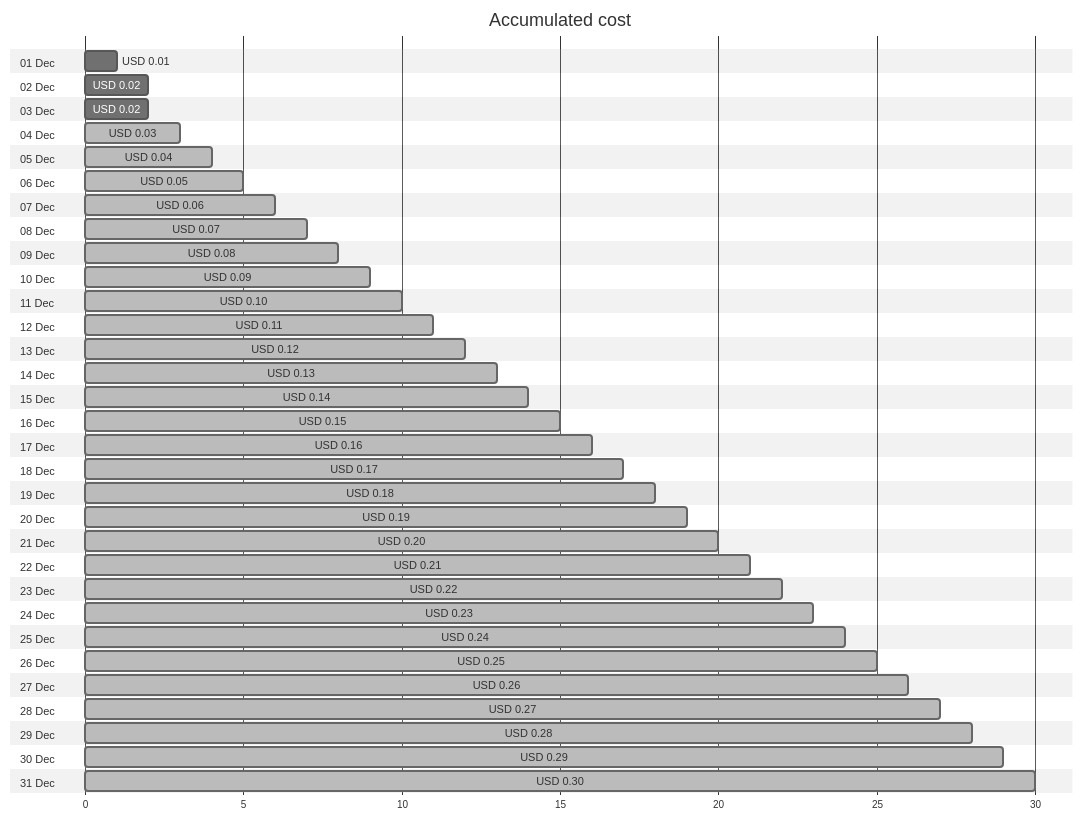
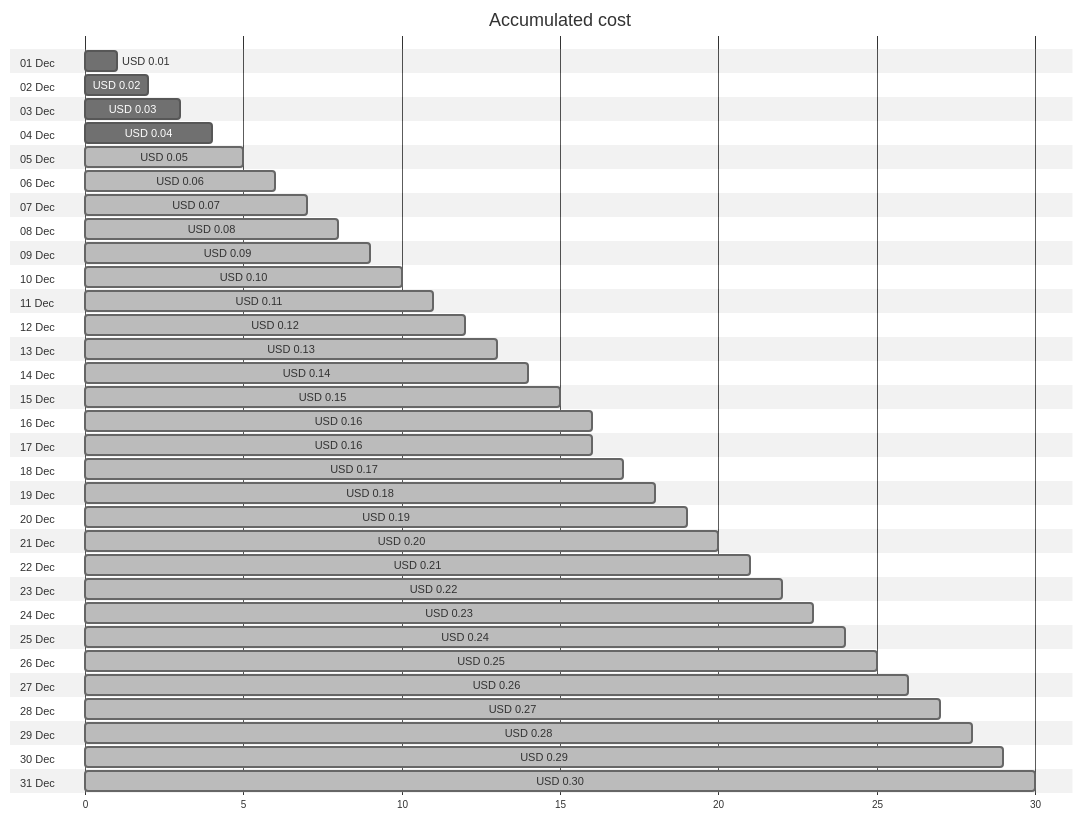
Before and after one commit to jpfulton/azure-personal-reports: the first of 4 diagrams in cost-reports/cloud-shell-storage-eastus/cs2100300008c8d894b.md, drawn with Mermaid (neutral theme). The commit also changed other lines of this file and 1 other file, not shown here.

````diff
--- a/cost-reports/cloud-shell-storage-eastus/cs2100300008c8d894b.md
+++ b/cost-reports/cloud-shell-storage-eastus/cs2100300008c8d894b.md
@@ -20,68 +20,68 @@
 ```mermaid
 gantt
    title Accumulated cost
    dateFormat  X
    axisFormat %s
    section 01 Dec
    USD 0.01 :0, 1
    section 02 Dec
    USD 0.02 :0, 2
    section 03 Dec
-   USD 0.02 :0, 2
+   USD 0.03 :0, 3
    section 04 Dec
-   USD 0.03 : done, 0, 3
+   USD 0.04 :0, 4
    section 05 Dec
-   USD 0.04 : done, 0, 4
+   USD 0.05 : done, 0, 5
    section 06 Dec
-   USD 0.05 : done, 0, 5
+   USD 0.06 : done, 0, 6
    section 07 Dec
-   USD 0.06 : done, 0, 6
+   USD 0.07 : done, 0, 7
    section 08 Dec
-   USD 0.07 : done, 0, 7
+   USD 0.08 : done, 0, 8
    section 09 Dec
-   USD 0.08 : done, 0, 8
+   USD 0.09 : done, 0, 9
    section 10 Dec
-   USD 0.09 : done, 0, 9
+   USD 0.10 : done, 0, 10
    section 11 Dec
-   USD 0.10 : done, 0, 10
+   USD 0.11 : done, 0, 11
    section 12 Dec
-   USD 0.11 : done, 0, 11
+   USD 0.12 : done, 0, 12
    section 13 Dec
-   USD 0.12 : done, 0, 12
+   USD 0.13 : done, 0, 13
    section 14 Dec
-   USD 0.13 : done, 0, 13
+   USD 0.14 : done, 0, 14
    section 15 Dec
-   USD 0.14 : done, 0, 14
+   USD 0.15 : done, 0, 15
    section 16 Dec
-   USD 0.15 : done, 0, 15
+   USD 0.16 : done, 0, 16
    section 17 Dec
    USD 0.16 : done, 0, 16
    section 18 Dec
    USD 0.17 : done, 0, 17
    section 19 Dec
    USD 0.18 : done, 0, 18
    section 20 Dec
    USD 0.19 : done, 0, 19
    section 21 Dec
    USD 0.20 : done, 0, 20
    section 22 Dec
    USD 0.21 : done, 0, 21
    section 23 Dec
    USD 0.22 : done, 0, 22
    section 24 Dec
    USD 0.23 : done, 0, 23
    section 25 Dec
    USD 0.24 : done, 0, 24
    section 26 Dec
    USD 0.25 : done, 0, 25
    section 27 Dec
    USD 0.26 : done, 0, 26
    section 28 Dec
    USD 0.27 : done, 0, 27
    section 29 Dec
    USD 0.28 : done, 0, 28
    section 30 Dec
    USD 0.29 : done, 0, 29
    section 31 Dec
    USD 0.30 : done, 0, 30
 ```
````
